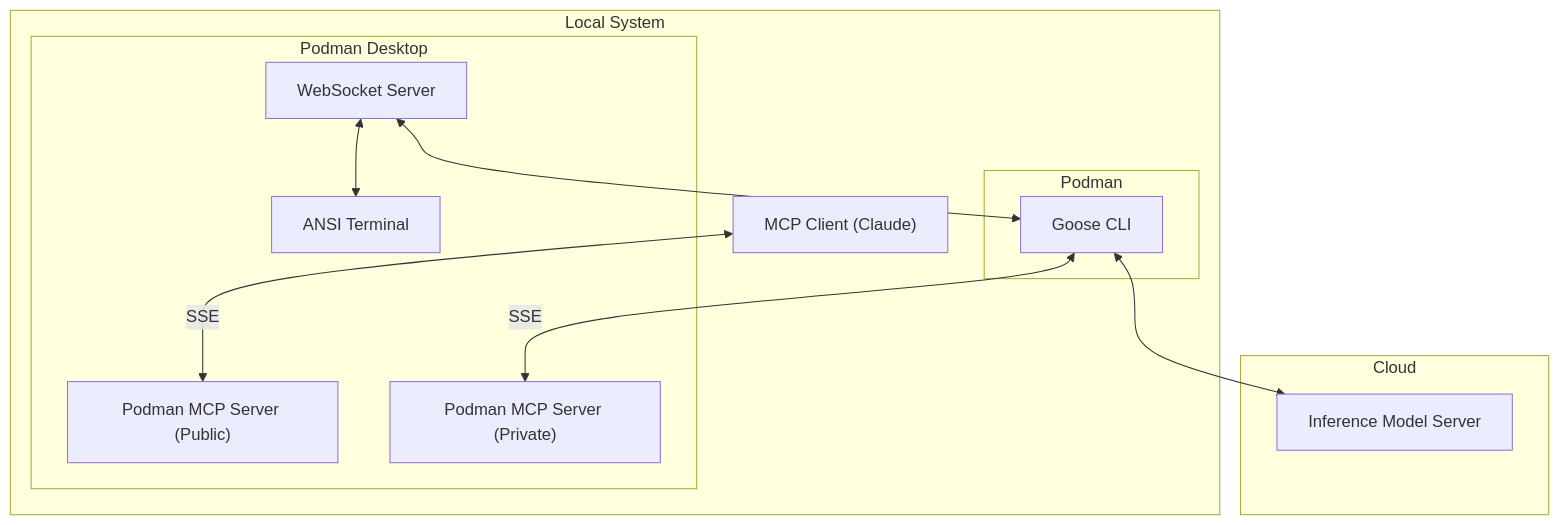
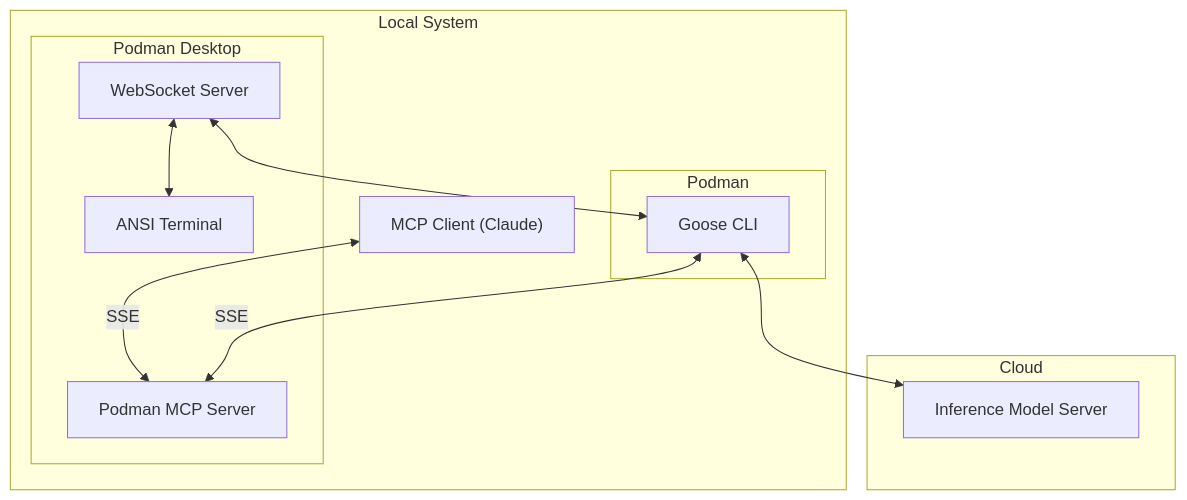
One commit to manusa/podman-desktop-agent-extension changed the diagram in README.md. Above: the diagram before and after it, drawn with Mermaid. The commit also changed 8 other files, not shown here.

Commit message:
feat: MCP server port automatically updated with configuration

````diff
--- a/README.md
+++ b/README.md
@@ -3,24 +3,29 @@
 ```mermaid
 graph TD
     subgraph "Local System"
+
+        MCP_Client["MCP Client (Claude)"]
+
         subgraph "Podman Desktop"
             WebSocket["WebSocket Server"]
             Embedded_Terminal["ANSI Terminal"]
-            MCP_Server_public["Podman MCP Server (Public)"]
-            MCP_Server_private["Podman MCP Server (Private)"]
+            MCP_Server["Podman MCP Server"]
         end
+
         subgraph "Podman"
             Goose_CLI["Goose CLI"]
         end
-        MCP_Client["MCP Client (Claude)"]
     end
+
     subgraph "Cloud"
         Inference_Model["Inference Model Server"]
     end
+    
+    MCP_Client <--> |SSE| MCP_Server
+    
     WebSocket <--> Embedded_Terminal
     WebSocket <--> Goose_CLI
-    Goose_CLI <--> |SSE| MCP_Server_private
+    Goose_CLI <--> |SSE| MCP_Server
     Goose_CLI <--> Inference_Model
 
-    MCP_Client <--> |SSE| MCP_Server_public
 ```
````
